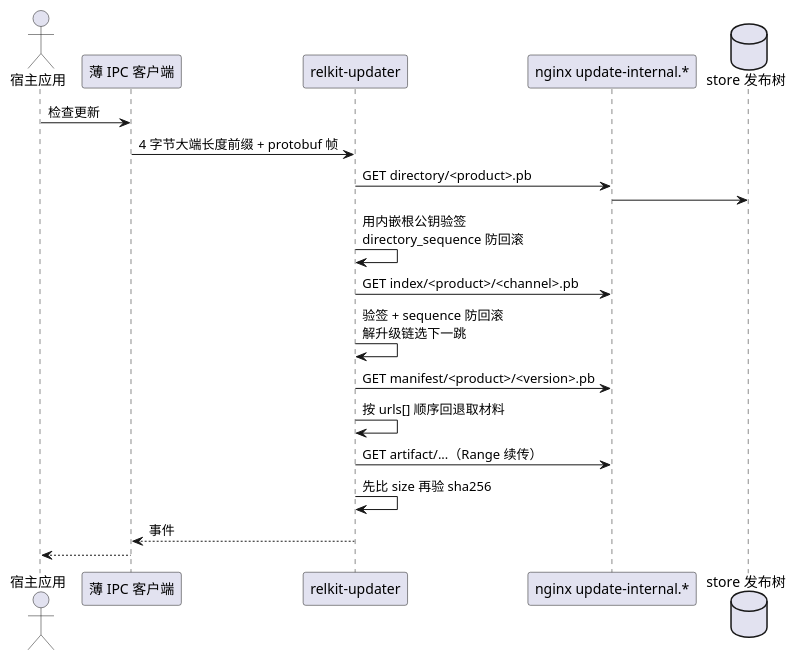
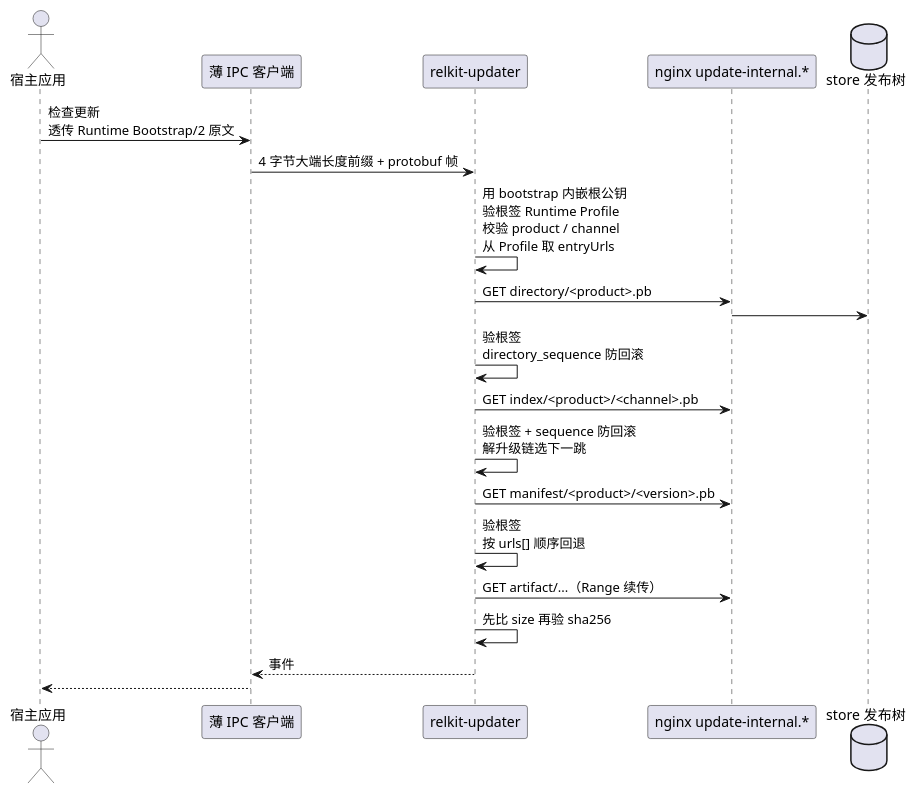
Before and after one commit to shichao402/relkit: the third of 5 diagrams in docs/design/topology.md, drawn with PlantUML. The commit also changed other lines of this file and 12 other files, not shown here.

````diff
--- a/docs/design/topology.md
+++ b/docs/design/topology.md
@@ -137,25 +154,26 @@
 ```plantuml
 @startuml
 skinparam shadowing false
 
 actor "宿主应用" as app
 participant "薄 IPC 客户端" as thin
 participant "relkit-updater" as engine
 participant "nginx update-internal.*" as ngx
 database "store 发布树" as tree
 
-app -> thin : 检查更新
+app -> thin : 检查更新\n透传 Runtime Bootstrap/2 原文
 thin -> engine : 4 字节大端长度前缀 + protobuf 帧
+engine -> engine : 用 bootstrap 内嵌根公钥\n验根签 Runtime Profile\n校验 product / channel\n从 Profile 取 entryUrls
 engine -> ngx : GET directory/<product>.pb
 ngx -> tree
-engine -> engine : 用内嵌根公钥验签\ndirectory_sequence 防回滚
+engine -> engine : 验根签\ndirectory_sequence 防回滚
 engine -> ngx : GET index/<product>/<channel>.pb
-engine -> engine : 验签 + sequence 防回滚\n解升级链选下一跳
+engine -> engine : 验根签 + sequence 防回滚\n解升级链选下一跳
 engine -> ngx : GET manifest/<product>/<version>.pb
-engine -> engine : 按 urls[] 顺序回退取材料
+engine -> engine : 验根签\n按 urls[] 顺序回退
 engine -> ngx : GET artifact/...（Range 续传）
 engine -> engine : 先比 size 再验 sha256
 engine --> thin : 事件
 thin --> app
 @enduml
 ```
````
